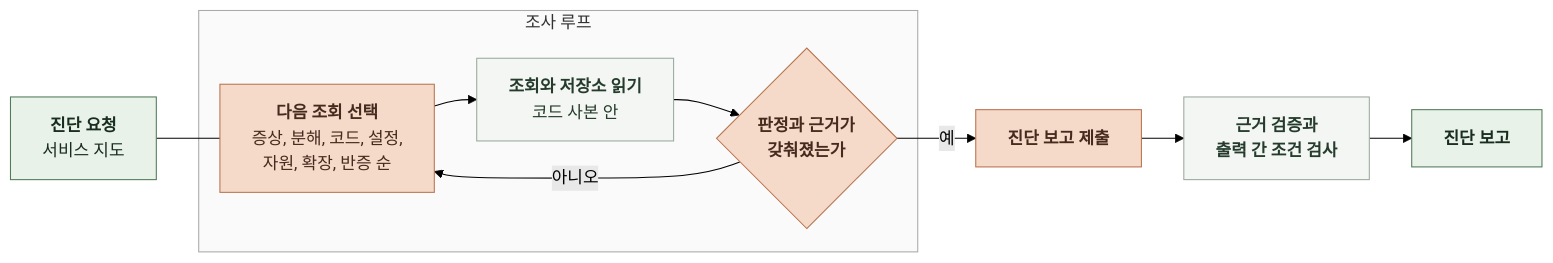
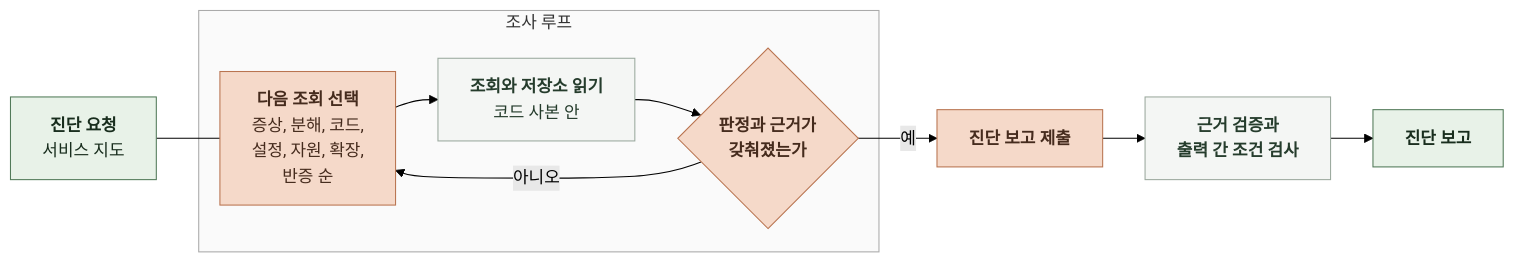
One commit to KIM-N-KANG/knk-harness changed the diagram in docs/domain/OBSERVABILITY/AI/4-1-DESIGN-COGNITIVE-ARCHITECTURE.md. Above: the diagram before and after it, drawn with Mermaid (forest theme). The commit also changed 4 other files, not shown here.

````diff
--- a/docs/domain/OBSERVABILITY/AI/4-1-DESIGN-COGNITIVE-ARCHITECTURE.md
+++ b/docs/domain/OBSERVABILITY/AI/4-1-DESIGN-COGNITIVE-ARCHITECTURE.md
@@ -47,29 +47,30 @@
 ```mermaid
 %%{init: {"flowchart": {"curve": "basis", "nodeSpacing": 24, "rankSpacing": 40}}}%%
 flowchart LR
     C["`**진단 요청**
 서비스 지도`"] --- Q
     subgraph LOOP["조사 루프"]
         Q["`**다음 조회 선택**
-증상, 분해, 코드, 설정,
-자원, 확장, 반증 순`"]
+증상, 분해, 코드,
+설정, 자원, 확장,
+반증 순`"]
         T["`**조회와 저장소 읽기**
 코드 사본 안`"]
         H{"`**판정과 근거가
 갖춰졌는가**`"}
         Q --> T
         T --> H
         H -->|아니오| Q
     end
     H -->|예| R["`**진단 보고 제출**`"]
     R --> V["`**근거 검증과
 출력 간 조건 검사**`"]
     V --> O["`**진단 보고**`"]
     classDef data fill:#E8F2E8,stroke:#527A59,color:#182D1D
     classDef model fill:#F5D9C9,stroke:#B97450,color:#452B1D
     classDef code fill:#F4F6F4,stroke:#9BA99E,color:#253C2C
     class C,O data
     class Q,H,R model
     class T,V code
     style LOOP fill:#FAFAFA,stroke:#AAAAAA
 ```
````
